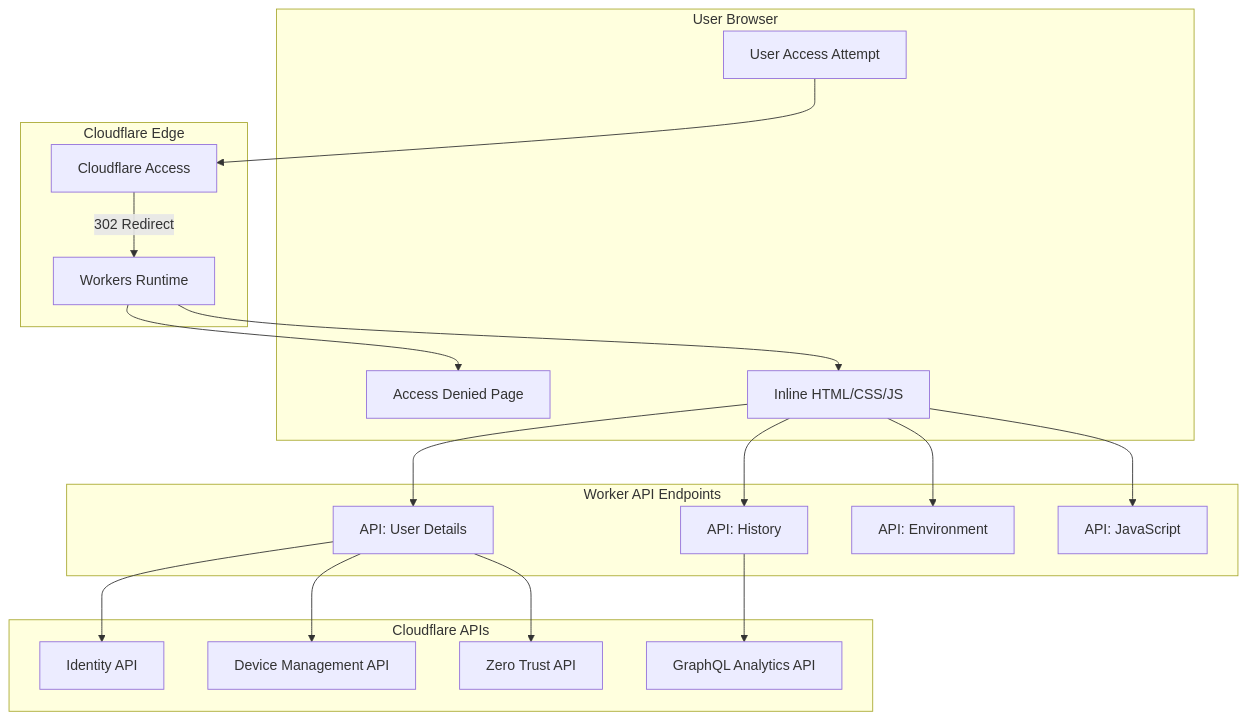
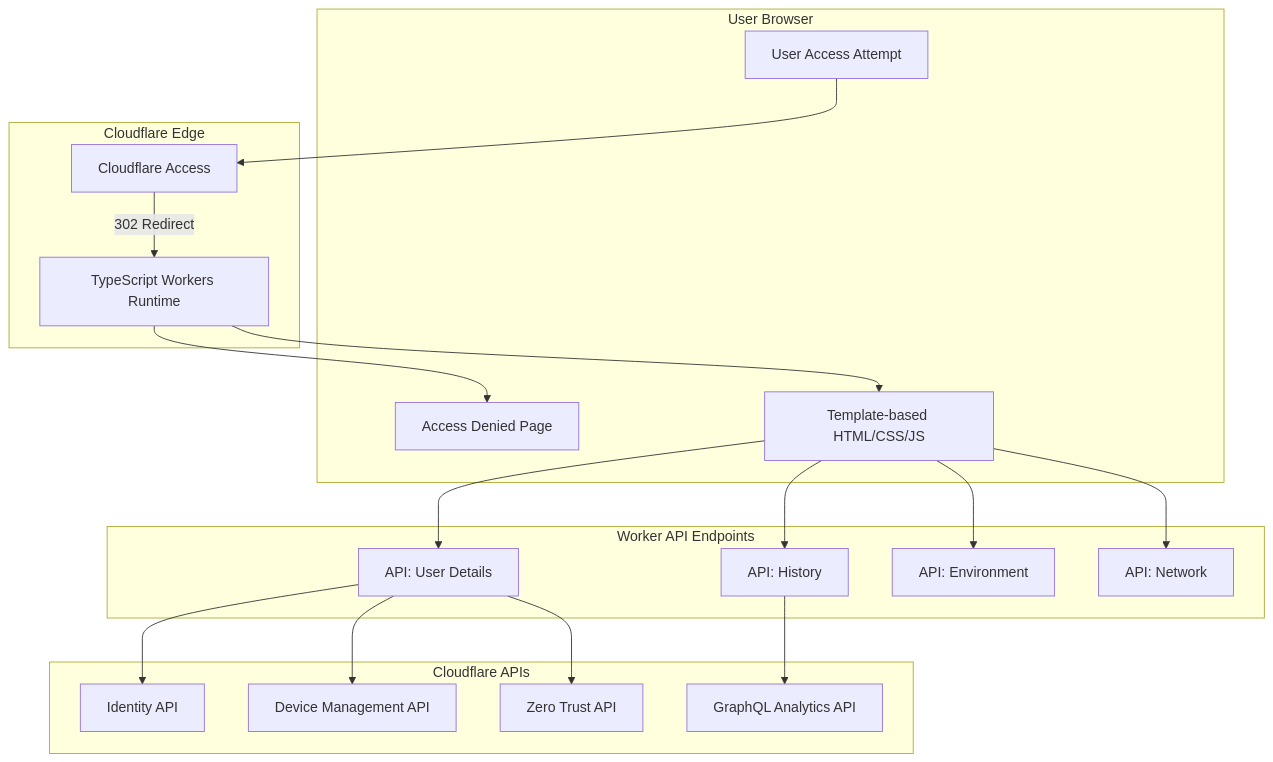
Before and after one commit to macharpe/cloudflare-access-denied-info-page: the diagram in README.md, drawn with Mermaid. The commit also changed other lines of this file and 44 other files, not shown here.

````diff
--- a/README.md
+++ b/README.md
@@ -42,42 +45,42 @@
 ```mermaid
 graph TB
     subgraph "User Browser"
         A[User Access Attempt]
         B[Access Denied Page]
-        C[Inline HTML/CSS/JS]
+        C[Template-based HTML/CSS/JS]
     end
 
     subgraph "Cloudflare Edge"
         D[Cloudflare Access]
-        E[Workers Runtime]
+        E[TypeScript Workers Runtime]
     end
 
     subgraph "Cloudflare APIs"
         G[Identity API]
         H[Device Management API]
         I[GraphQL Analytics API]
         J[Zero Trust API]
     end
 
     subgraph "Worker API Endpoints"
         K["API: User Details"]
         L["API: History"]
         M["API: Environment"]
-        N["API: JavaScript"]
+        N["API: Network"]
     end
 
     A --> D
     D -->|302 Redirect| E
     E --> B
     E --> C
 
     C --> K
     C --> L
     C --> M
     C --> N
 
     K --> G
     K --> H
     K --> J
     L --> I
 ```
````
